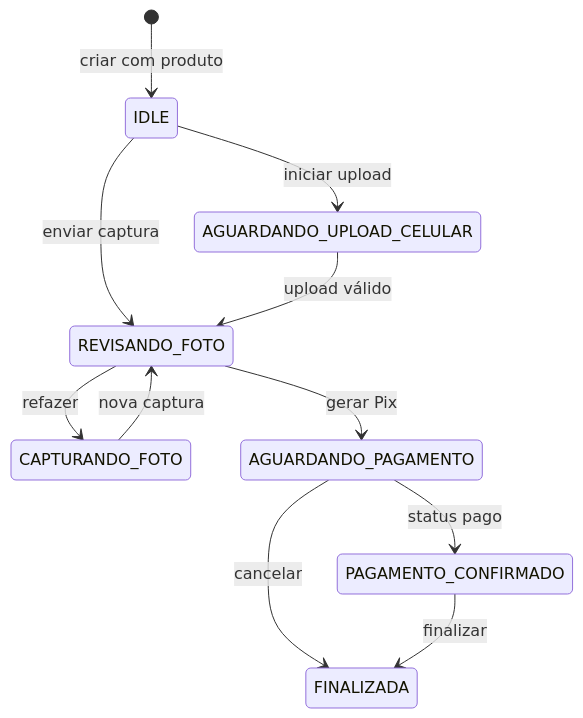
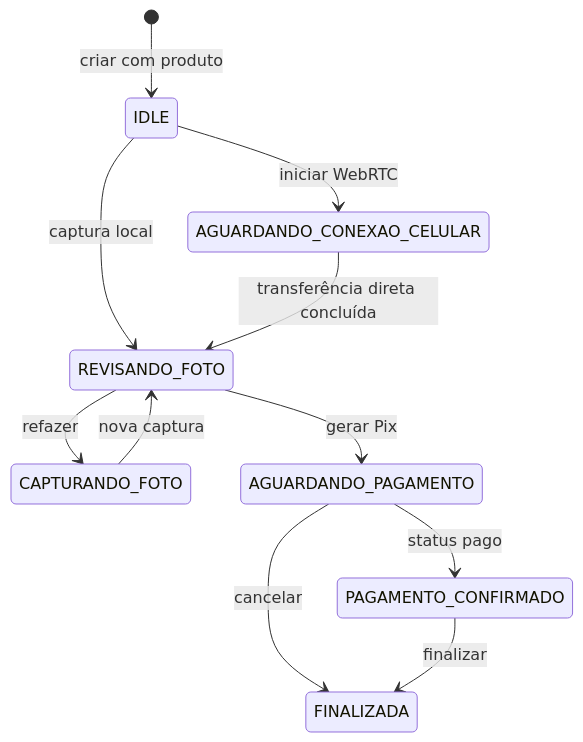
Before and after one commit to curadosa/totem-fotos: the diagram in docs/07-domain/domain-model.md, drawn with Mermaid. The commit also changed other lines of this file and 54 other files, not shown here.

````diff
--- a/docs/07-domain/domain-model.md
+++ b/docs/07-domain/domain-model.md
@@ -43,13 +43,13 @@
 ```mermaid
 stateDiagram-v2
     [*] --> IDLE: criar com produto
-    IDLE --> REVISANDO_FOTO: enviar captura
-    IDLE --> AGUARDANDO_UPLOAD_CELULAR: iniciar upload
-    AGUARDANDO_UPLOAD_CELULAR --> REVISANDO_FOTO: upload válido
+    IDLE --> REVISANDO_FOTO: captura local
+    IDLE --> AGUARDANDO_CONEXAO_CELULAR: iniciar WebRTC
+    AGUARDANDO_CONEXAO_CELULAR --> REVISANDO_FOTO: transferência direta concluída
     REVISANDO_FOTO --> CAPTURANDO_FOTO: refazer
     CAPTURANDO_FOTO --> REVISANDO_FOTO: nova captura
     REVISANDO_FOTO --> AGUARDANDO_PAGAMENTO: gerar Pix
     AGUARDANDO_PAGAMENTO --> PAGAMENTO_CONFIRMADO: status pago
     AGUARDANDO_PAGAMENTO --> FINALIZADA: cancelar
     PAGAMENTO_CONFIRMADO --> FINALIZADA: finalizar
 ```
````
